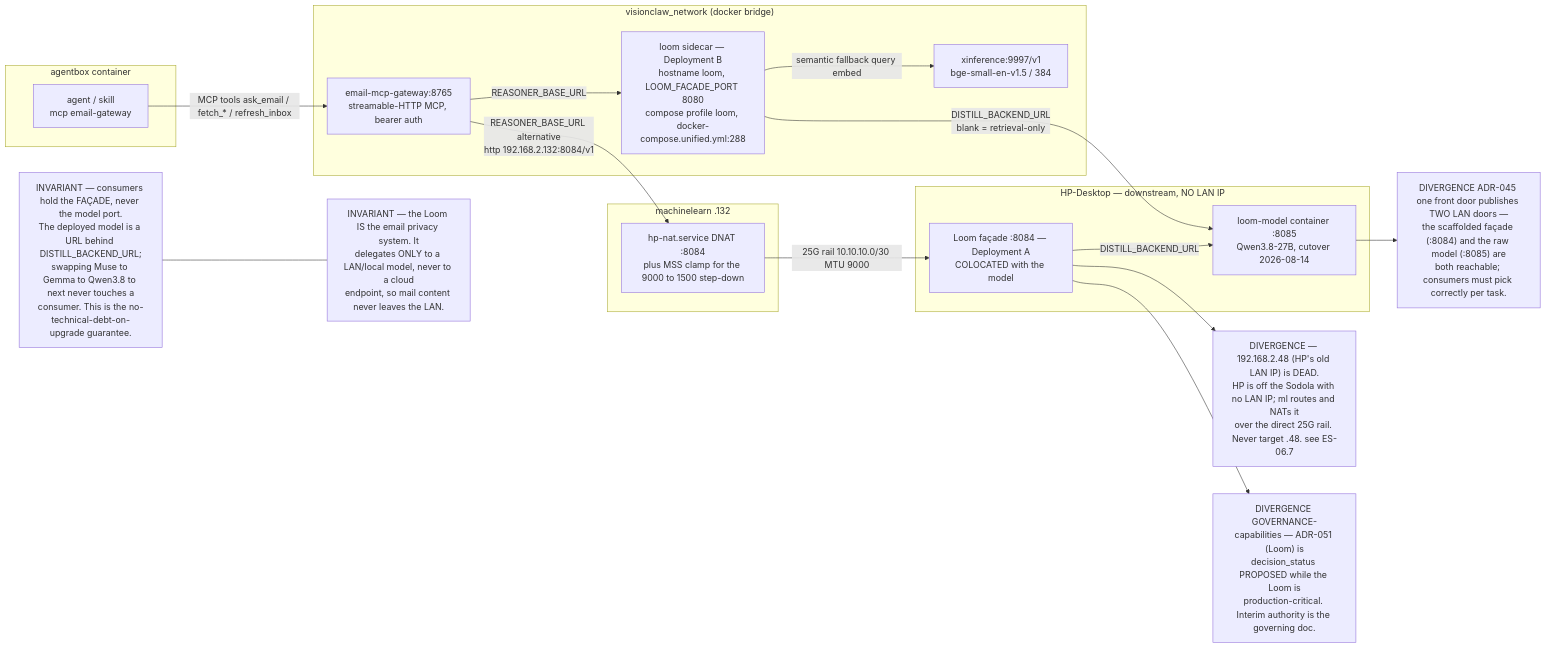
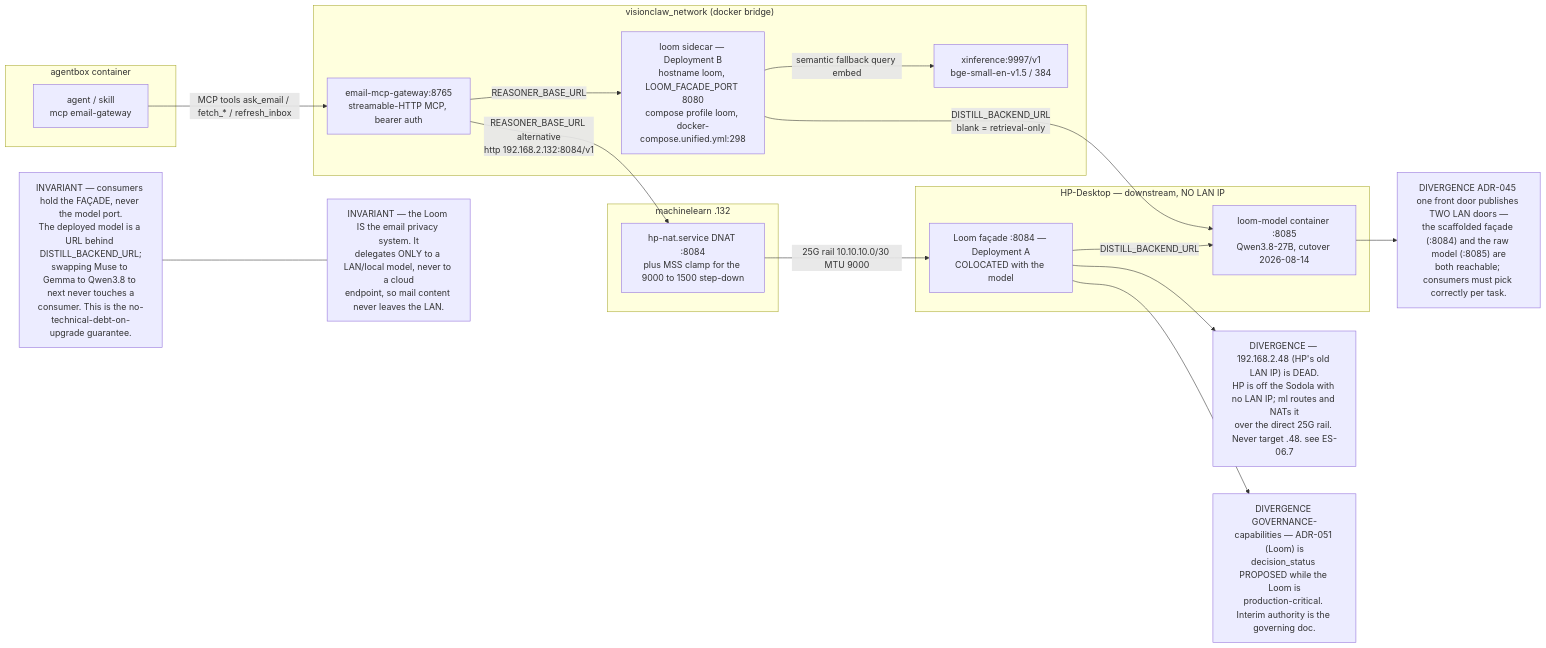
The first of 9 diagrams in docs/diagrams/estate/06-loom-and-email-privacy-path.md (DreamLab-AI/AR-AI-Knowledge-Graph), drawn with Mermaid before and after one commit. The commit also changed other lines of this file and 73 other files, not shown here.

First line of the commit message:
docs(diagrams): re-verify all 71 topic files against HEAD; add --cite-check

````diff
--- a/docs/diagrams/estate/06-loom-and-email-privacy-path.md
+++ b/docs/diagrams/estate/06-loom-and-email-privacy-path.md
@@ -19,37 +19,37 @@
 ```mermaid
 flowchart LR
     subgraph box["agentbox container"]
         AG["agent / skill<br/>mcp email-gateway"]
     end
     subgraph vcnet["visionclaw_network (docker bridge)"]
         GW["email-mcp-gateway:8765<br/>streamable-HTTP MCP, bearer auth"]
-        LOOMB["loom sidecar — Deployment B<br/>hostname loom, LOOM_FACADE_PORT 8080<br/>compose profile loom, docker-compose.unified.yml:288"]
+        LOOMB["loom sidecar — Deployment B<br/>hostname loom, LOOM_FACADE_PORT 8080<br/>compose profile loom, docker-compose.unified.yml:298"]
         XI["xinference:9997/v1<br/>bge-small-en-v1.5 / 384"]
     end
     subgraph ml["machinelearn .132"]
         DNAT["hp-nat.service DNAT :8084<br/>plus MSS clamp for the 9000 to 1500 step-down"]
     end
     subgraph hp["HP-Desktop — downstream, NO LAN IP"]
         LOOMA["Loom façade :8084 — Deployment A<br/>COLOCATED with the model"]
         MODEL["loom-model container :8085<br/>Qwen3.8-27B, cutover 2026-08-14"]
     end
 
     AG -- "MCP tools ask_email / fetch_* / refresh_inbox" --> GW
     GW -- "REASONER_BASE_URL" --> LOOMB
     GW -- "REASONER_BASE_URL alternative<br/>http 192.168.2.132:8084/v1" --> DNAT
     DNAT -- "25G rail 10.10.10.0/30 MTU 9000" --> LOOMA
     LOOMA -- "DISTILL_BACKEND_URL" --> MODEL
     LOOMB -- "DISTILL_BACKEND_URL<br/>blank = retrieval-only" --> MODEL
     LOOMB -- "semantic fallback query embed" --> XI
 
     INV1["INVARIANT — consumers hold the FAÇADE, never the model port.<br/>The deployed model is a URL behind DISTILL_BACKEND_URL;<br/>swapping Muse to Gemma to Qwen3.8 to next never touches a<br/>consumer. This is the no-technical-debt-on-upgrade guarantee."]
     INV2["INVARIANT — the Loom IS the email privacy system. It<br/>delegates ONLY to a LAN/local model, never to a cloud<br/>endpoint, so mail content never leaves the LAN."]
     DIV1["DIVERGENCE — 192.168.2.48 (HP's old LAN IP) is DEAD.<br/>HP is off the Sodola with no LAN IP; ml routes and NATs it<br/>over the direct 25G rail. Never target .48. see ES-06.7"]
     DIV2["DIVERGENCE GOVERNANCE-capabilities — ADR-051 (Loom) is<br/>decision_status PROPOSED while the Loom is<br/>production-critical. Interim authority is the governing doc."]
     DIV3["DIVERGENCE ADR-045 one front door publishes TWO LAN doors —<br/>the scaffolded façade (:8084) and the raw model (:8085) are<br/>both reachable; consumers must pick correctly per task."]
 
     INV1 --- INV2
     LOOMA --> DIV1
     LOOMA --> DIV2
     MODEL --> DIV3
 ```
````
